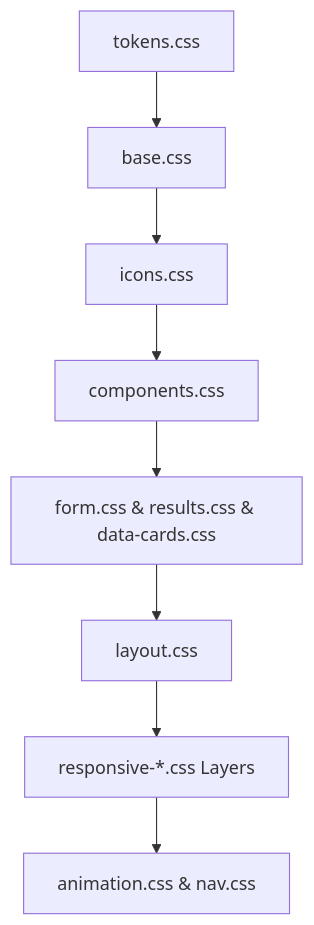
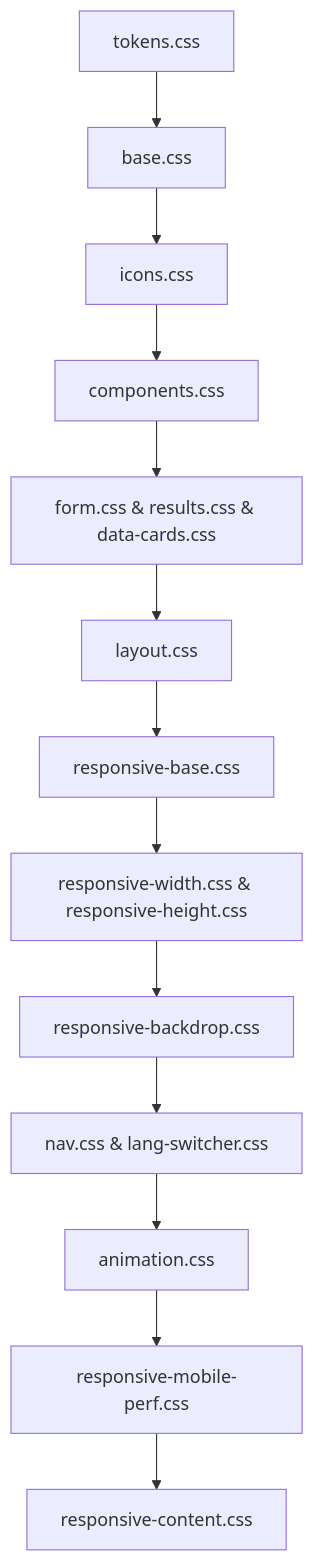
The first of 2 diagrams in docs/furthermore.md (oxyzenQ/bmi), drawn with Mermaid before and after one commit. The commit also changed other lines of this file and 4 other files, not shown here.

````diff
--- a/docs/furthermore.md
+++ b/docs/furthermore.md
@@ -38,10 +41,15 @@
 ```mermaid
 graph TD
     A[tokens.css] --> B[base.css]
     B --> C[icons.css]
     C --> D[components.css]
     D --> E[form.css & results.css & data-cards.css]
     E --> F[layout.css]
-    F --> G[responsive-*.css Layers]
-    G --> H[animation.css & nav.css]
+    F --> G[responsive-base.css]
+    G --> H[responsive-width.css & responsive-height.css]
+    H --> I[responsive-backdrop.css]
+    I --> J[nav.css & lang-switcher.css]
+    J --> K[animation.css]
+    K --> L[responsive-mobile-perf.css]
+    L --> M[responsive-content.css]
 ```
````
